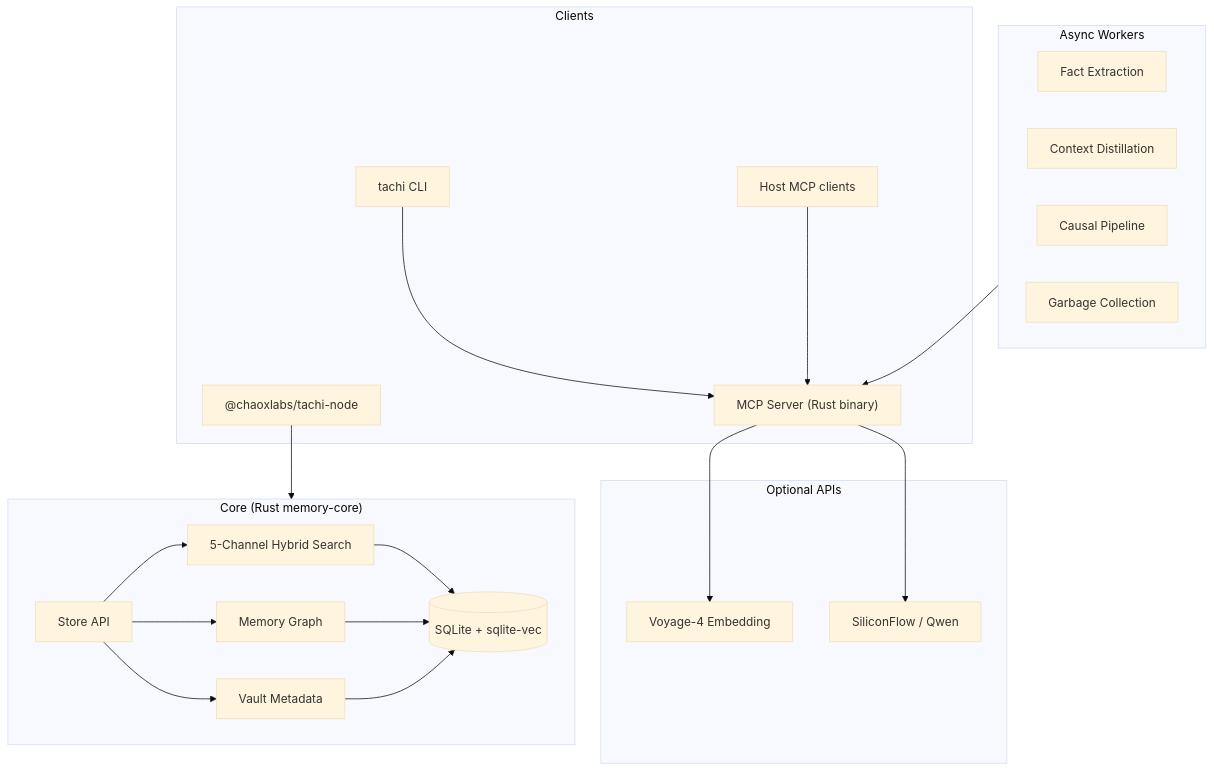
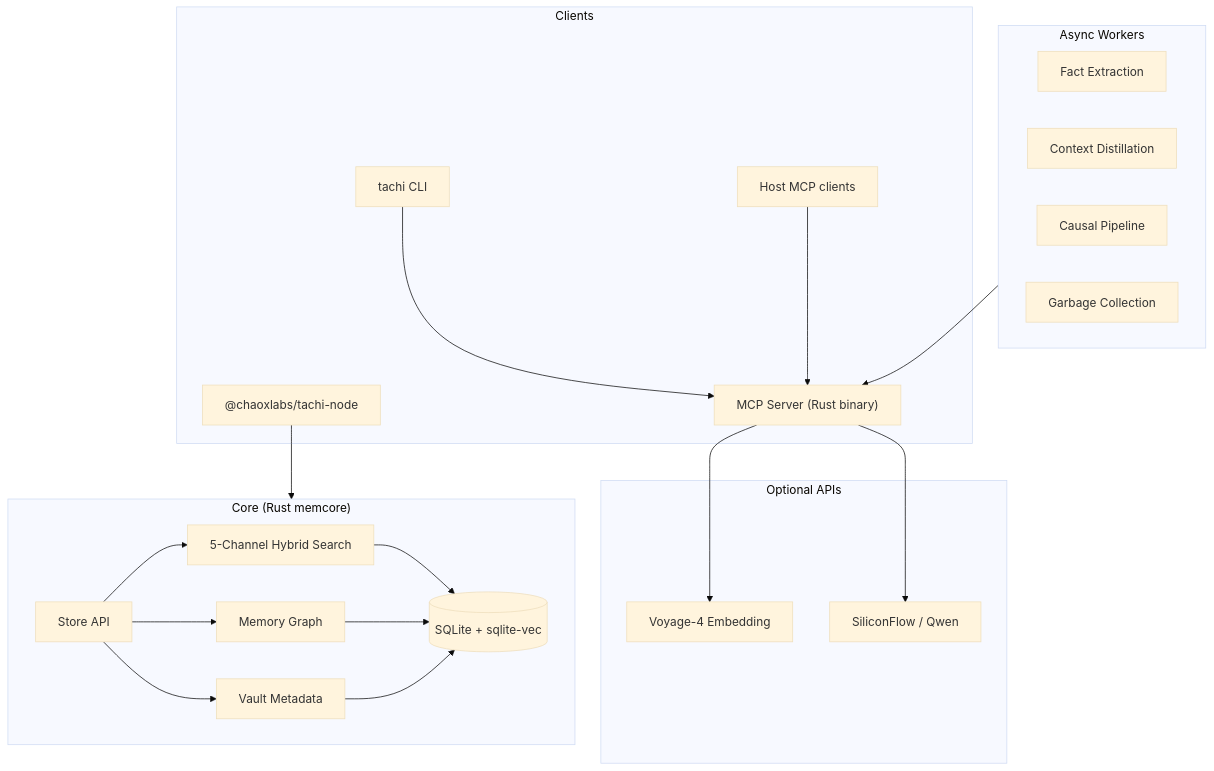
One commit to kckylechen1/Tachi changed the diagram in README.md. Above: the diagram before and after it, drawn with Mermaid (base theme). The commit also changed other lines of this file and 1592 other files, not shown here.

````diff
--- a/README.md
+++ b/README.md
@@ -223,43 +223,43 @@
 ```mermaid
 graph TD
     subgraph Clients["Clients"]
         CLI["tachi CLI"]
         RMCP["MCP Server (Rust binary)"]
         Node["@chaoxlabs/tachi-node"]
         Hosts["Host MCP clients"]
     end
 
     subgraph Cloud["Optional APIs"]
         VOYAGE["Voyage-4 Embedding"]
         SILICON["SiliconFlow / Qwen"]
     end
 
     subgraph Workers["Async Workers"]
         EXTRACT["Fact Extraction"]
         DISTILL["Context Distillation"]
         CAUSAL["Causal Pipeline"]
         GC["Garbage Collection"]
     end
 
-    subgraph Core["Core (Rust memory-core)"]
+    subgraph Core["Core (Rust memcore)"]
         API["Store API"]
         SEARCH["5-Channel Hybrid Search"]
         GRAPH["Memory Graph"]
         VAULT["Vault Metadata"]
         API --> SEARCH
         API --> GRAPH
         API --> VAULT
         SEARCH --> DB
         GRAPH --> DB
         VAULT --> DB
     end
 
     DB[(SQLite + sqlite-vec)]
 
     RMCP --> VOYAGE
     RMCP --> SILICON
     CLI --> RMCP
     Hosts --> RMCP
     Node --> Core
     Workers --> RMCP
 ```
````
